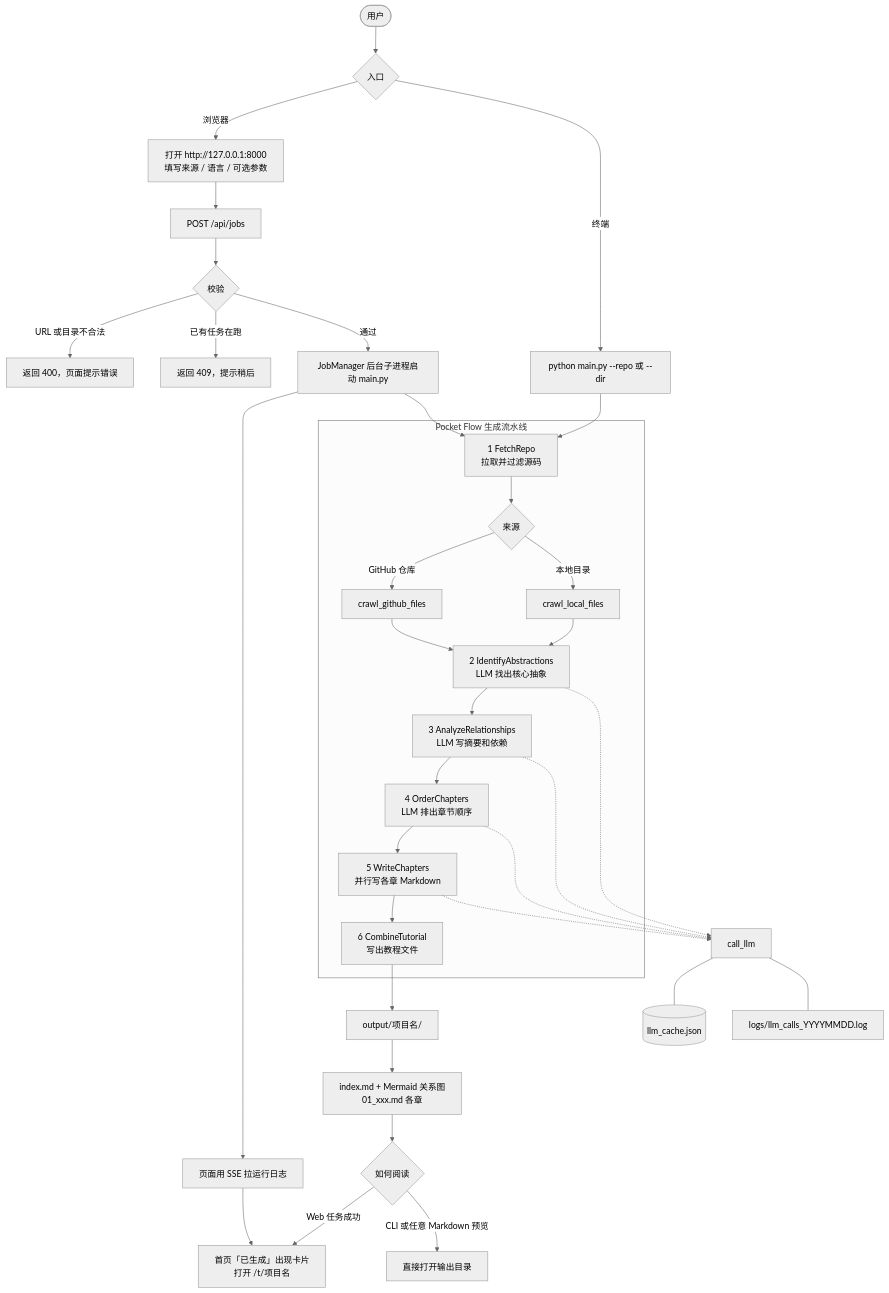
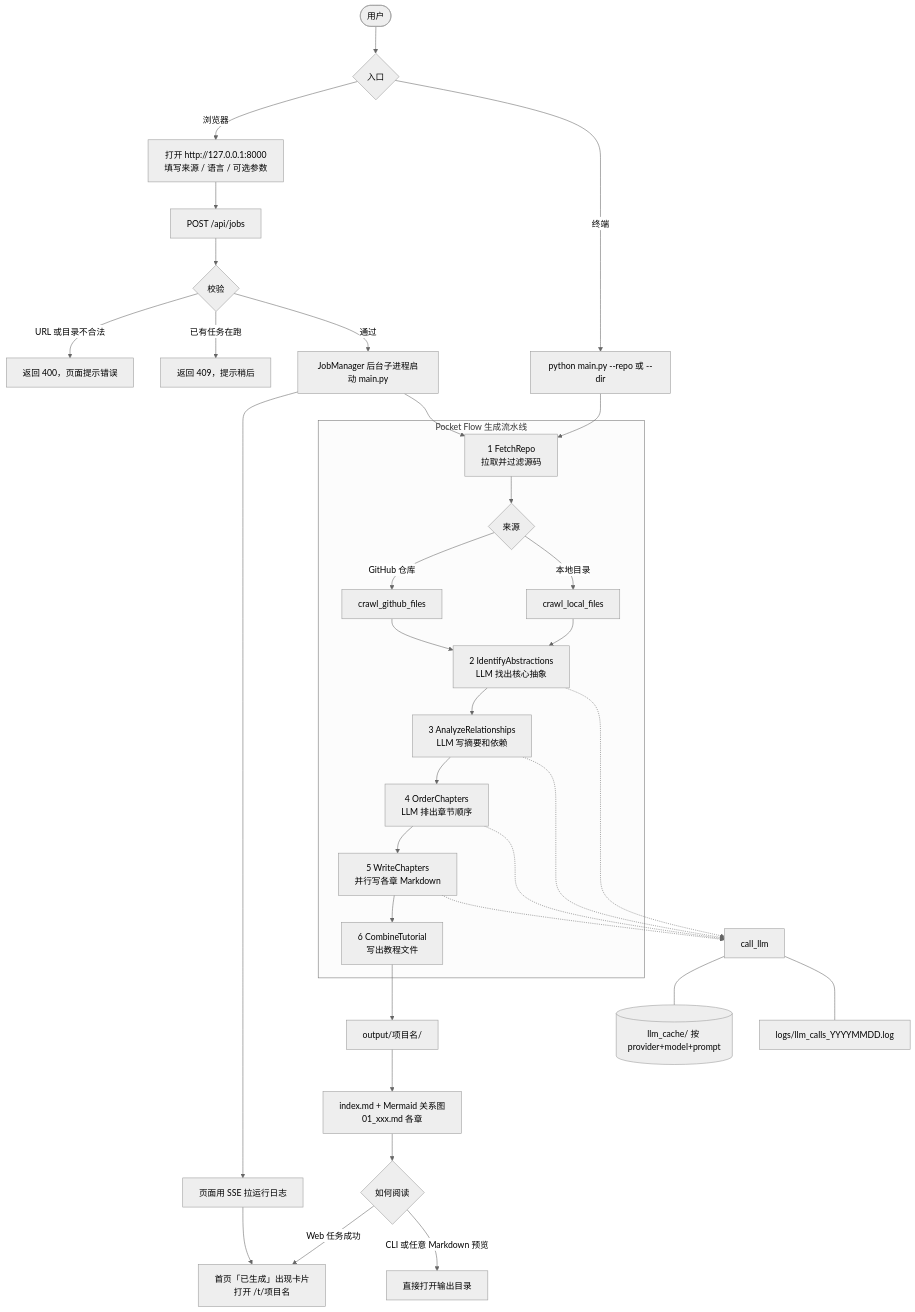
The first of 2 diagrams in 项目说明书.md (RayLin24/quick-study), drawn with Mermaid (neutral theme) before and after one commit. The commit also changed other lines of this file and 29 other files, not shown here.

````diff
--- a/项目说明书.md
+++ b/项目说明书.md
@@ -38,47 +38,47 @@
 ```mermaid
 flowchart TD
     U([用户]) --> E{入口}
 
     E -->|浏览器| W[打开 http://127.0.0.1:8000<br/>填写来源 / 语言 / 可选参数]
     E -->|终端| C["python main.py --repo 或 --dir"]
 
     W --> P[POST /api/jobs]
     P --> V{校验}
     V -->|URL 或目录不合法| E400[返回 400，页面提示错误]
     V -->|已有任务在跑| E409[返回 409，提示稍后]
     V -->|通过| J[JobManager 后台子进程启动 main.py]
     J --> SSE[页面用 SSE 拉运行日志]
 
     C --> F
     J --> F
 
     subgraph PIPE [Pocket Flow 生成流水线]
         F[1 FetchRepo<br/>拉取并过滤源码]
         I[2 IdentifyAbstractions<br/>LLM 找出核心抽象]
         A[3 AnalyzeRelationships<br/>LLM 写摘要和依赖]
         O[4 OrderChapters<br/>LLM 排出章节顺序]
         WR[5 WriteChapters<br/>并行写各章 Markdown]
         CT[6 CombineTutorial<br/>写出教程文件]
         F --> SRC{来源}
         SRC -->|GitHub 仓库| GH[crawl_github_files]
         SRC -->|本地目录| LOC[crawl_local_files]
         GH --> I
         LOC --> I
         I --> A --> O --> WR --> CT
     end
 
     I -.-> LLM[call_llm]
     A -.-> LLM
     O -.-> LLM
     WR -.-> LLM
-    LLM --- CACHE[(llm_cache.json)]
+    LLM --- CACHE[(llm_cache/ 按 provider+model+prompt)]
     LLM --- LOGS[logs/llm_calls_YYYYMMDD.log]
 
     CT --> OUT["output/项目名/"]
     OUT --> MD[index.md + Mermaid 关系图<br/>01_xxx.md 各章]
 
     MD --> R{如何阅读}
     R -->|Web 任务成功| T[首页「已生成」出现卡片<br/>打开 /t/项目名]
     R -->|CLI 或任意 Markdown 预览| M[直接打开输出目录]
     SSE --> T
 ```
````
